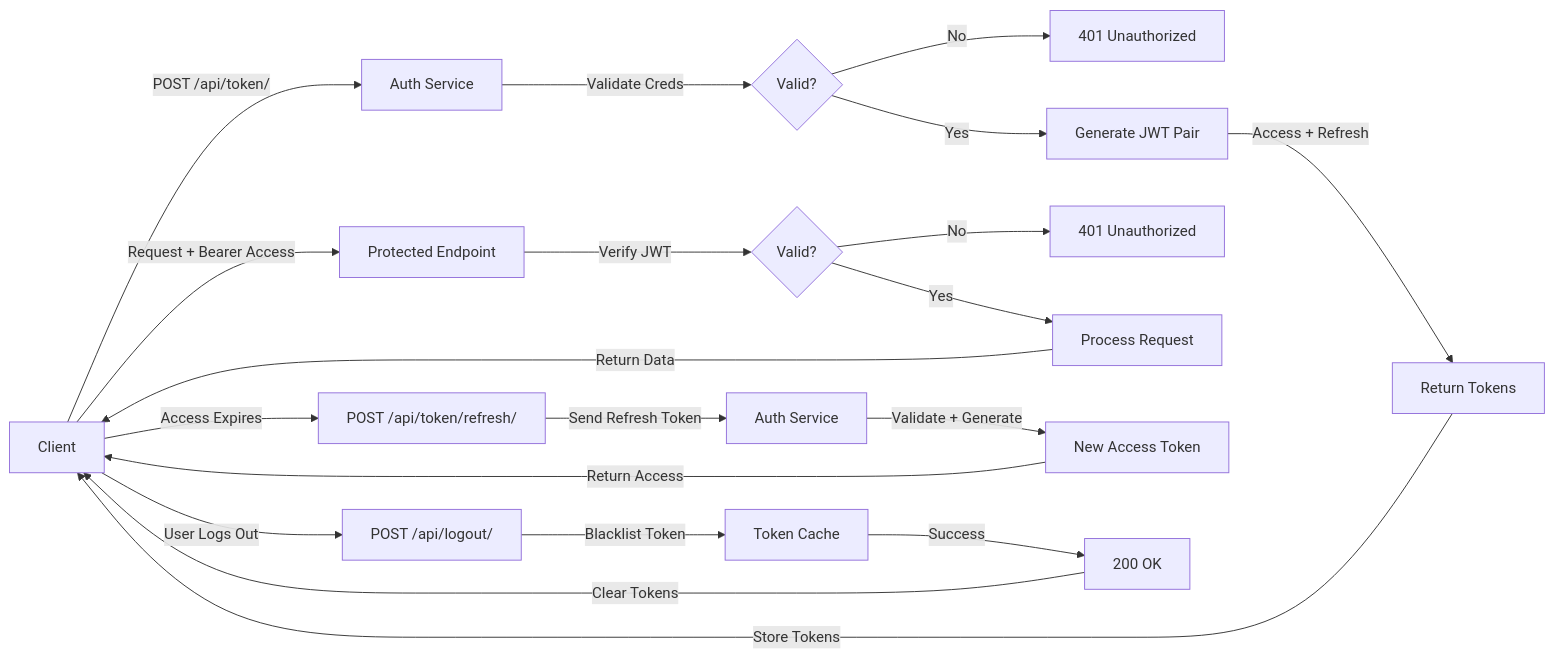
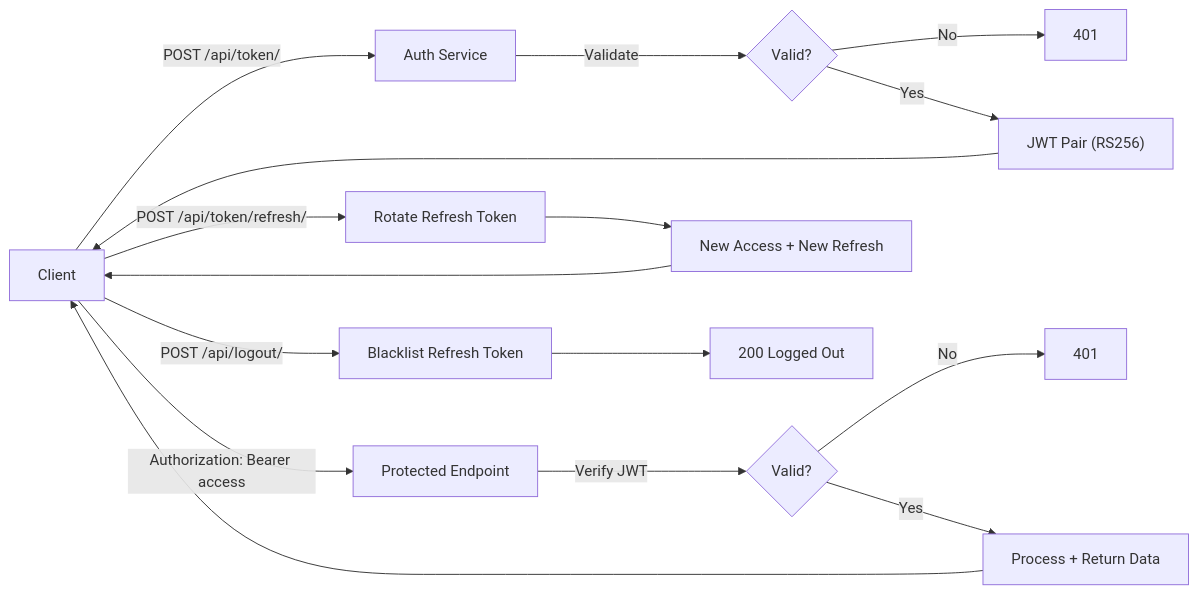
One commit to RadiantVixen/music-room changed diagram 13 of 13 in API_SCHEMAS.md. Above: the diagram before and after it, drawn with Mermaid. The commit also changed other lines of this file and 65 other files, not shown here.

````diff
--- a/API_SCHEMAS.md
+++ b/API_SCHEMAS.md
@@ -1775,25 +1210,21 @@
 ```mermaid
 graph LR
     A["Client"] -->|POST /api/token/| B["Auth Service"]
-    B -->|Validate Creds| C{Valid?}
-    C -->|No| D["401 Unauthorized"]
-    C -->|Yes| E["Generate JWT Pair"]
-    E -->|Access + Refresh| F["Return Tokens"]
-    
-    F -->|Store Tokens| A
-    A -->|Request + Bearer Access| G["Protected Endpoint"]
-    G -->|Verify JWT| H{Valid?}
-    H -->|No| I["401 Unauthorized"]
-    H -->|Yes| J["Process Request"]
-    J -->|Return Data| A
-    
-    A -->|Access Expires| K["POST /api/token/refresh/"]
-    K -->|Send Refresh Token| L["Auth Service"]
-    L -->|Validate + Generate| M["New Access Token"]
-    M -->|Return Access| A
-    
-    A -->|User Logs Out| N["POST /api/logout/"]
-    N -->|Blacklist Token| O["Token Cache"]
-    O -->|Success| P["200 OK"]
-    P -->|Clear Tokens| A
+    B -->|Validate| C{"Valid?"}
+    C -->|No| D["401"]
+    C -->|Yes| E["JWT Pair (RS256)"]
+    E --> A
+
+    A -->|Authorization: Bearer access| F["Protected Endpoint"]
+    F -->|Verify JWT| G{"Valid?"}
+    G -->|No| H["401"]
+    G -->|Yes| I["Process + Return Data"]
+    I --> A
+
+    A -->|POST /api/token/refresh/| J["Rotate Refresh Token"]
+    J --> K["New Access + New Refresh"]
+    K --> A
+
+    A -->|POST /api/logout/| L["Blacklist Refresh Token"]
+    L --> M["200 Logged Out"]
 ```
````
